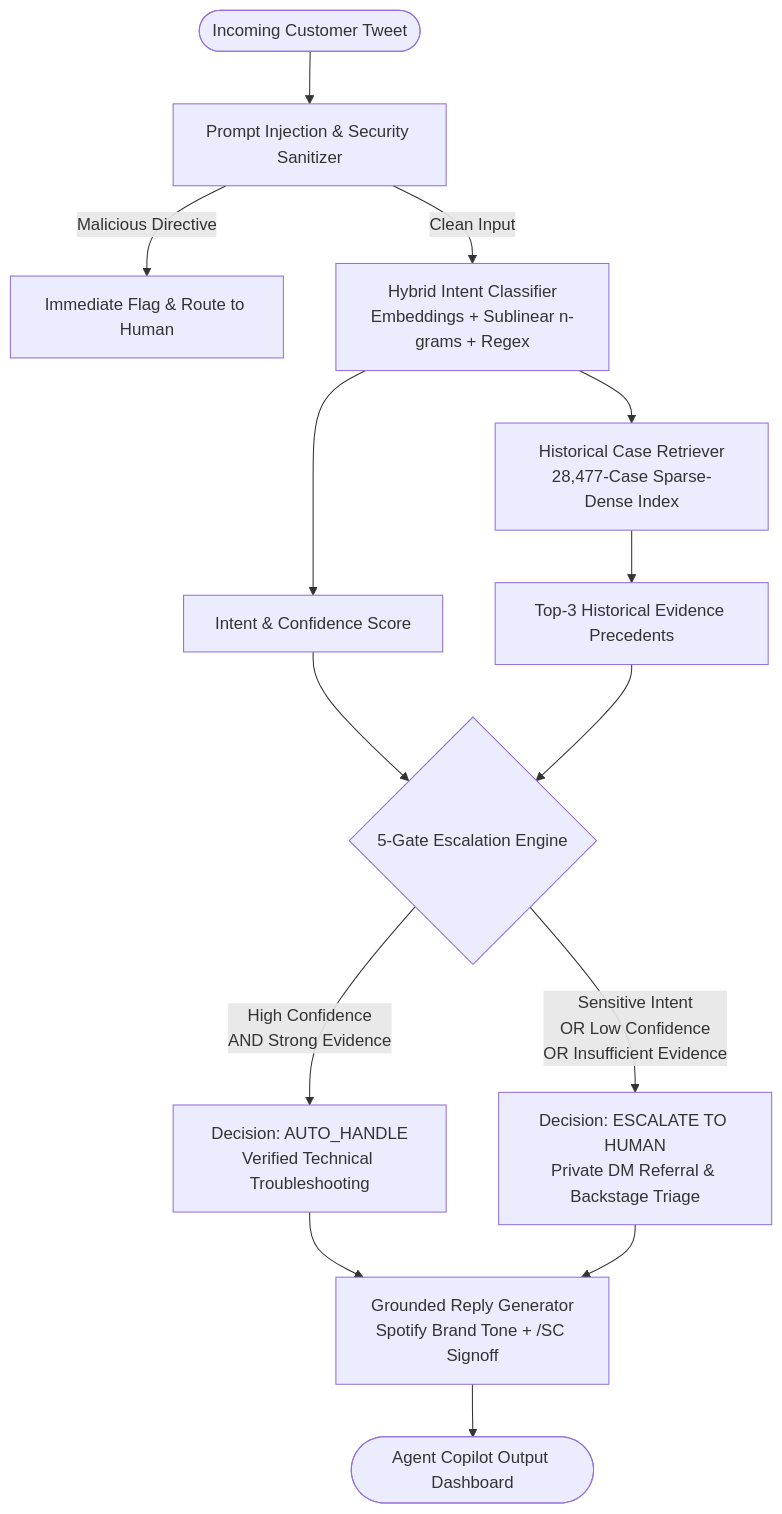
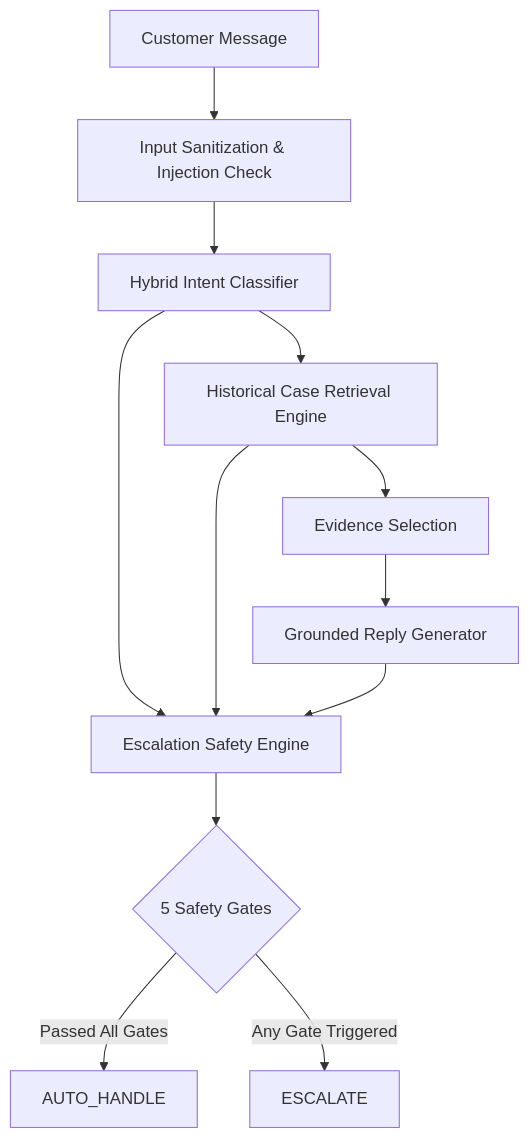
One commit to sushil0308/ResolveAI changed the diagram in README.md. Above: the diagram before and after it, drawn with Mermaid. The commit also changed other lines of this file, not shown here.

````diff
--- a/README.md
+++ b/README.md
@@ -52,22 +100,14 @@
 ```mermaid
 flowchart TD
-    Customer([Incoming Customer Tweet]) --> Security[Prompt Injection & Security Sanitizer]
-    Security -->|Malicious Directive| EscalateFlag[Immediate Flag & Route to Human]
-    Security -->|Clean Input| Classifier[Hybrid Intent Classifier\nEmbeddings + Sublinear n-grams + Regex]
-    
-    Classifier --> IntentScore[Intent & Confidence Score]
-    Classifier --> Retriever[Historical Case Retriever\n28,477-Case Sparse-Dense Index]
-    
-    Retriever --> EvidenceCards[Top-3 Historical Evidence Precedents]
-    
-    IntentScore --> EscalationEngine{5-Gate Escalation Engine}
-    EvidenceCards --> EscalationEngine
-    
-    EscalationEngine -->|Sensitive Intent\nOR Low Confidence\nOR Insufficient Evidence| ESCALATE[Decision: ESCALATE TO HUMAN\nPrivate DM Referral & Backstage Triage]
-    EscalationEngine -->|High Confidence\nAND Strong Evidence| AUTO_HANDLE[Decision: AUTO_HANDLE\nVerified Technical Troubleshooting]
-    
-    AUTO_HANDLE --> Generator[Grounded Reply Generator\nSpotify Brand Tone + /SC Signoff]
-    ESCALATE --> Generator
-    
-    Generator --> Dispatch([Agent Copilot Output Dashboard])
+    A[Customer Message] --> B[Input Sanitization & Injection Check]
+    B --> C[Hybrid Intent Classifier]
+    C --> D[Historical Case Retrieval Engine]
+    D --> E[Evidence Selection]
+    E --> F[Grounded Reply Generator]
+    C --> G[Escalation Safety Engine]
+    D --> G
+    F --> G
+    G --> H{5 Safety Gates}
+    H -->|Passed All Gates| I[AUTO_HANDLE]
+    H -->|Any Gate Triggered| J[ESCALATE]
 ```
````
